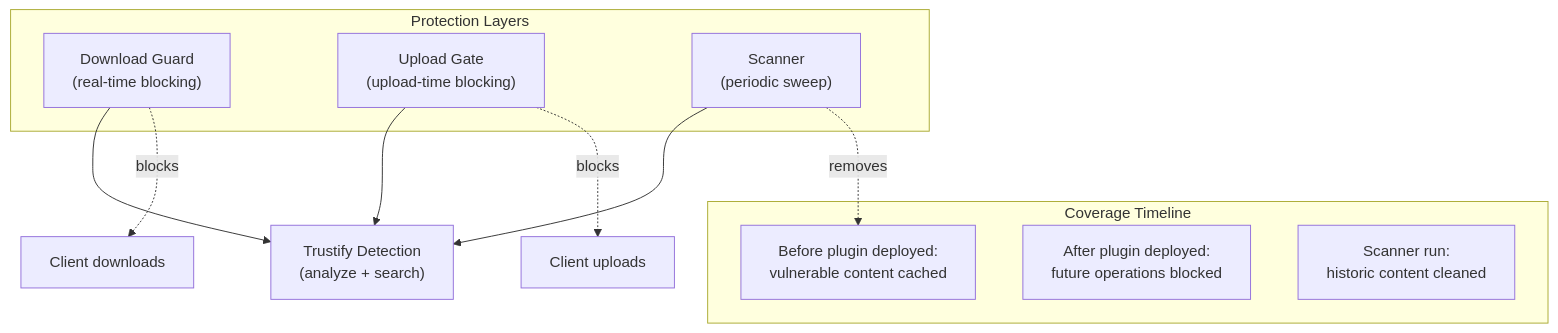
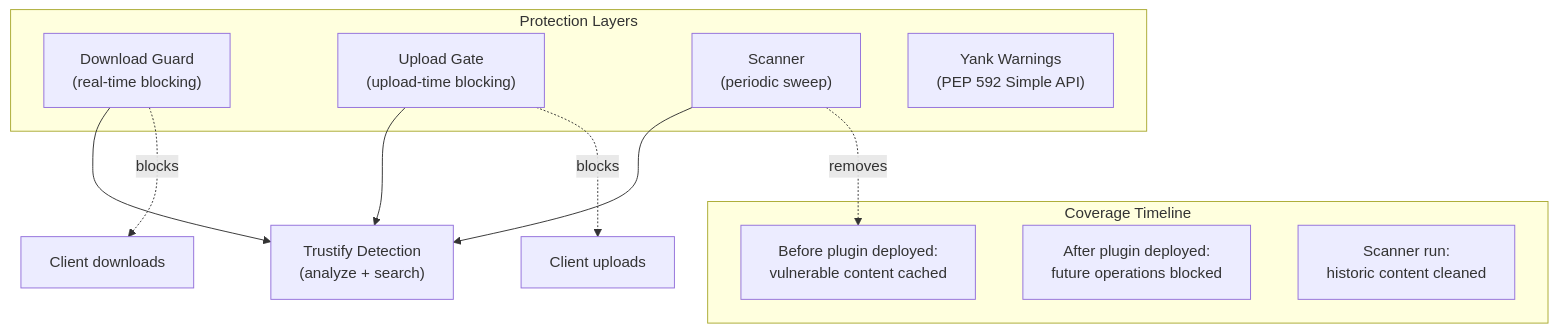
One commit to otaviof/pulp_trustify changed the first of 4 diagrams in README.md. Above: the diagram before and after it, drawn with Mermaid. The commit also changed other lines of this file and 3 other files, not shown here.

First line of the commit message:
feat(yank): implement PEP 592 yanked warnings with configurable CVE URLs

````diff
--- a/README.md
+++ b/README.md
@@ -13,22 +14,23 @@
 ```mermaid
 flowchart TD
     subgraph "Protection Layers"
         A["Download Guard<br/>(real-time blocking)"]
         B["Upload Gate<br/>(upload-time blocking)"]
         C["Scanner<br/>(periodic sweep)"]
+        D2["Yank Warnings<br/>(PEP 592 Simple API)"]
     end
     
     subgraph "Coverage Timeline"
         D["Before plugin deployed:<br/>vulnerable content cached"]
         E["After plugin deployed:<br/>future operations blocked"]
         F["Scanner run:<br/>historic content cleaned"]
     end
     
     A -.blocks.-> G["Client downloads"]
     B -.blocks.-> H["Client uploads"]
     C -.removes.-> D
     
     A --> I["Trustify Detection<br/>(analyze + search)"]
     B --> I
     C --> I
 ```
````
